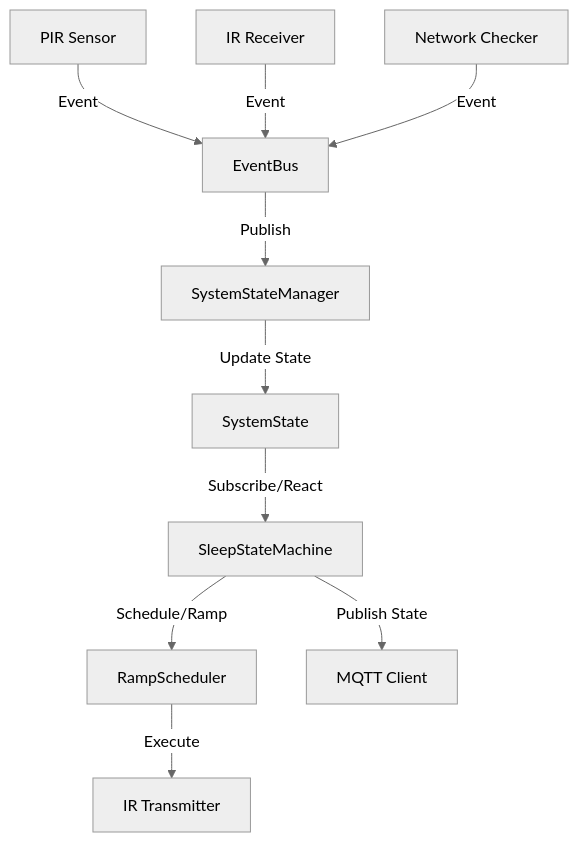
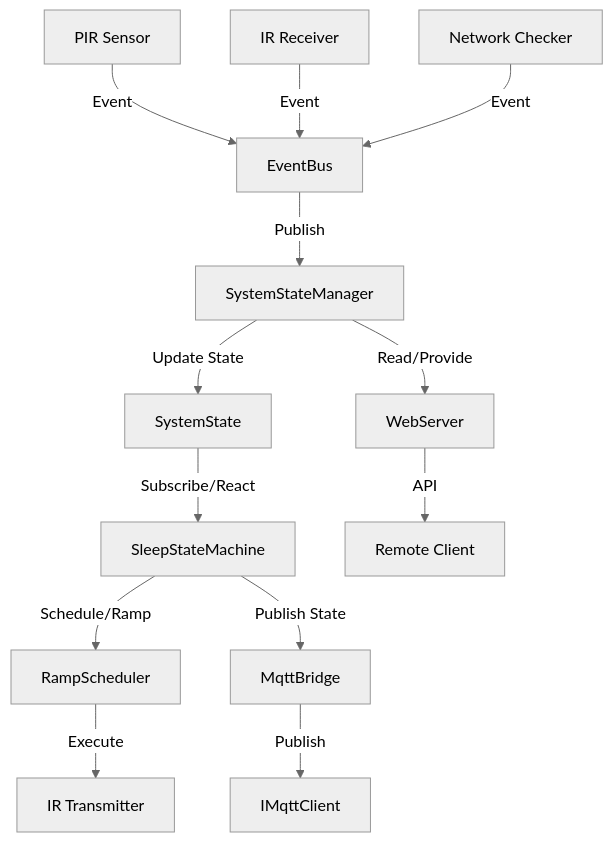
The diagram in docs/architecture-diagram.md (non7top/insomnia-tv), drawn with Mermaid (neutral theme) before and after one commit. The commit also changed 5 other files, not shown here.

Commit message:
fix(web): add platform guard to AsyncWebServer

````diff
--- a/docs/architecture-diagram.md
+++ b/docs/architecture-diagram.md
@@ -9,19 +9,23 @@
 ```mermaid
 graph TD
     %% Hardware/Drivers
     PIR[PIR Sensor] -->|Event| EB[EventBus]
     IR[IR Receiver] -->|Event| EB
     Network[Network Checker] -->|Event| EB
 
     %% System Core
     EB -->|Publish| SSM[SystemStateManager]
 
     %% State Logic
     SSM -->|Update State| S[SystemState]
     S -->|Subscribe/React| FSM[SleepStateMachine]
     FSM -->|Schedule/Ramp| RS[RampScheduler]
 
     %% Outputs
     RS -->|Execute| IRTX[IR Transmitter]
-    FSM -->|Publish State| MQTT[MQTT Client]
+    FSM -->|Publish State| MQTT[MqttBridge]
+    MQTT -->|Publish| MClient[IMqttClient]
+    SSM -->|Read/Provide| Web[WebServer]
+    Web -->|API| UI[Remote Client]
+
 ```
````
